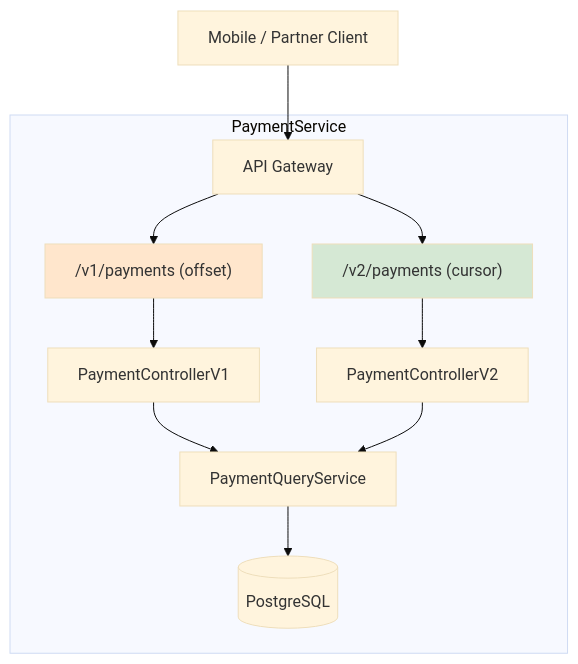
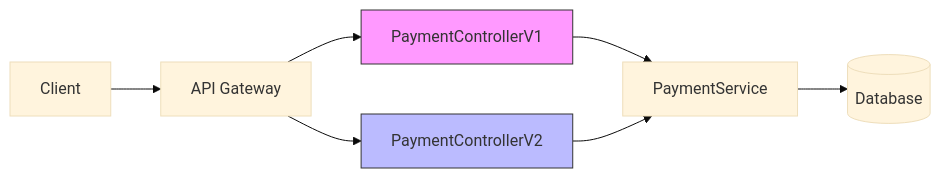
Before and after one commit to abhinandanchivate/Final_LTI_EE: the third of 13 diagrams in microservices/final/day1.md, drawn with Mermaid (base theme). The commit also changed other lines of this file, not shown here.

````diff
--- a/microservices/final/day1.md
+++ b/microservices/final/day1.md
@@ -61,15 +311,12 @@
 ```mermaid
-graph TD
-    Client["Mobile / Partner Client"] --> GW["API Gateway"]
-    subgraph PaymentService
-        GW --> V1["/v1/payments (offset)"]
-        GW --> V2["/v2/payments (cursor)"]
-        V1 --> AppV1["PaymentControllerV1"]
-        V2 --> AppV2["PaymentControllerV2"]
-        AppV1 --> Service["PaymentQueryService"]
-        AppV2 --> Service
-        Service --> Repo[(PostgreSQL)]
-    end
-    style V1 fill:#ffe6cc
-    style V2 fill:#d5e8d4
+graph LR
+    Client --> Gateway[API Gateway]
+    Gateway --> V1Ctrl[PaymentControllerV1]
+    Gateway --> V2Ctrl[PaymentControllerV2]
+    V1Ctrl --> Service[PaymentService]
+    V2Ctrl --> Service
+    Service --> Domain[(Database)]
+    
+    style V1Ctrl fill:#f9f,stroke:#333
+    style V2Ctrl fill:#bbf,stroke:#333
 ```
````
